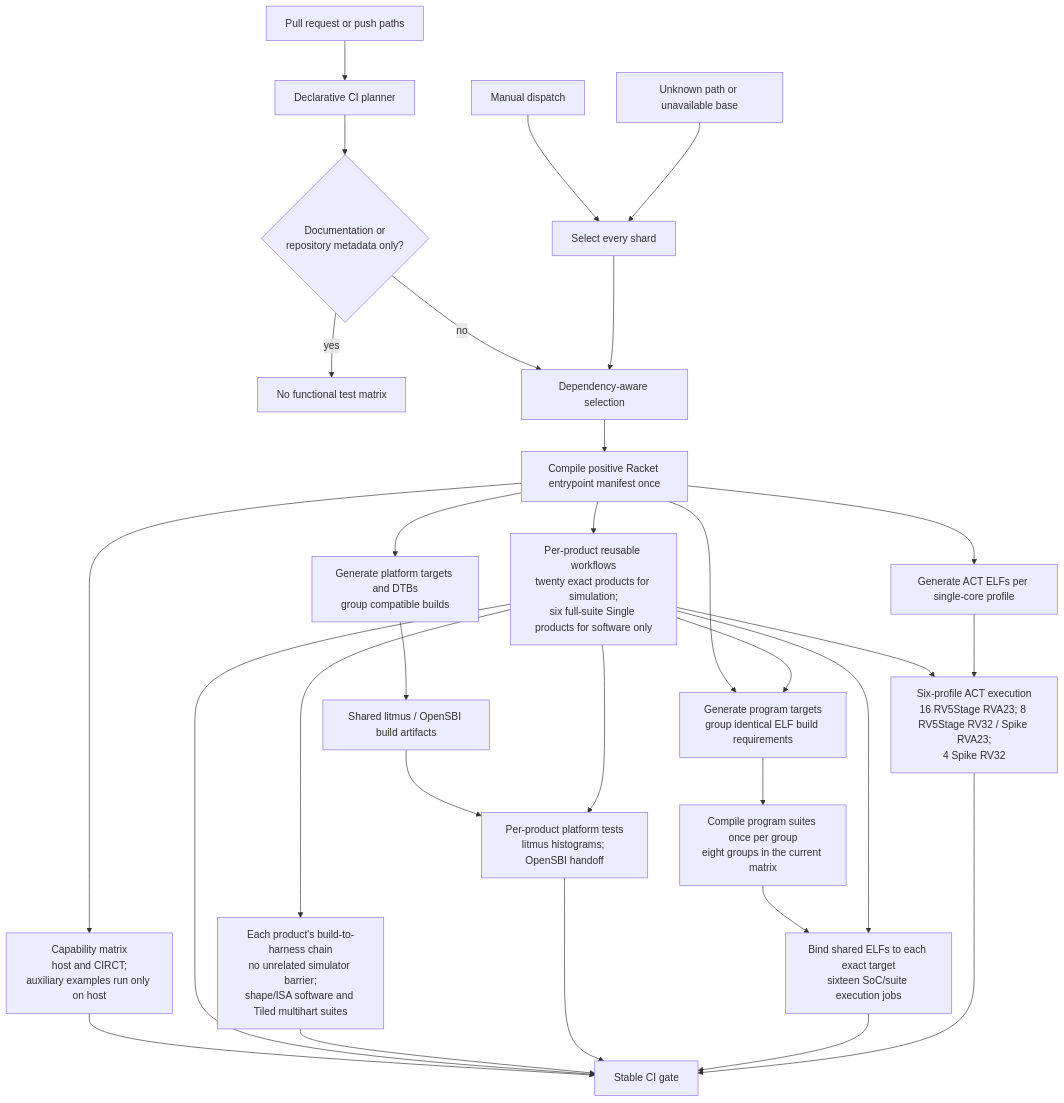
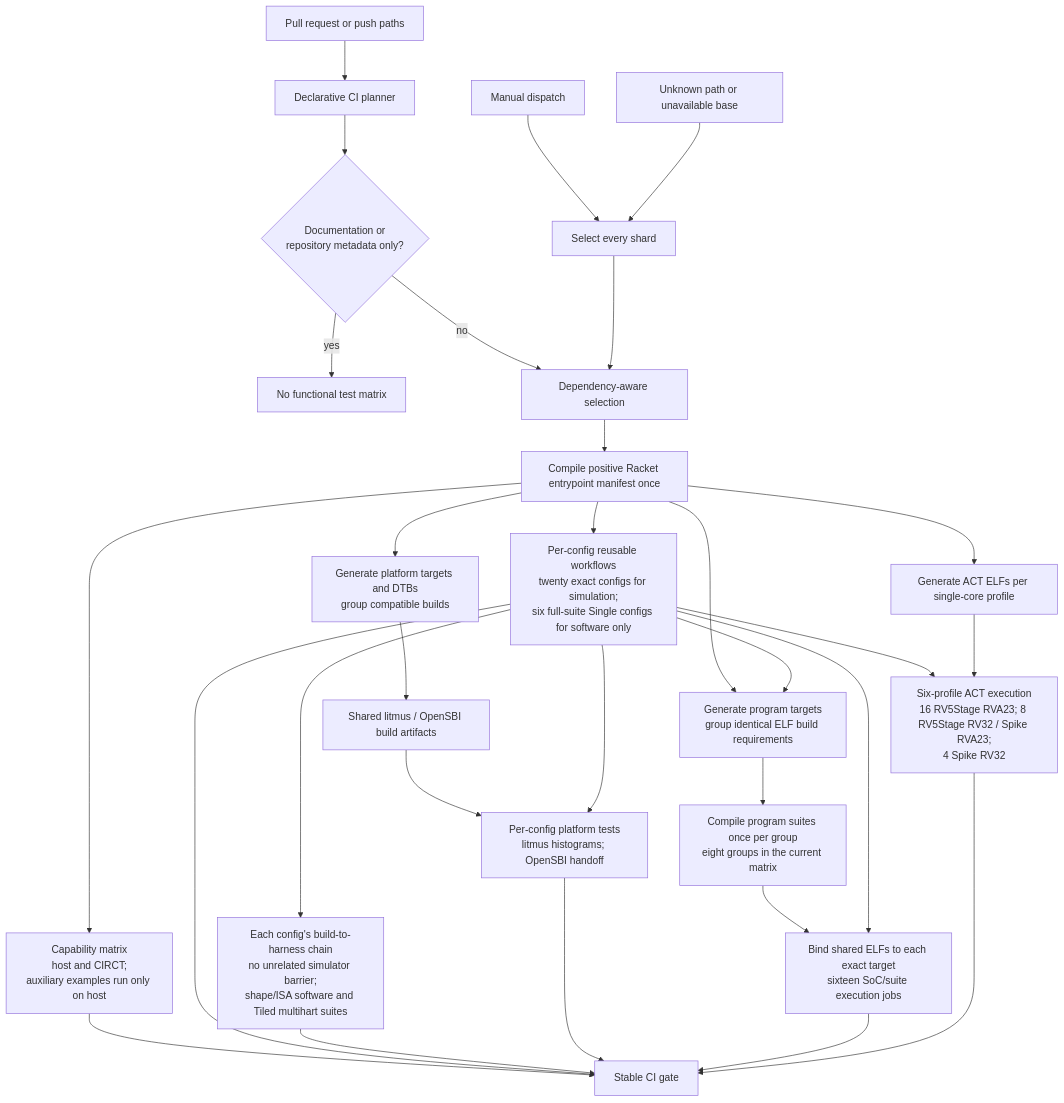
Before and after one commit to jerryz123/rhodium: the diagram in tools/testing/DEVELOPING.md, drawn with Mermaid. The commit also changed other lines of this file and 90 other files, not shown here.

Commit message:
rename product to config

````diff
--- a/tools/testing/DEVELOPING.md
+++ b/tools/testing/DEVELOPING.md
@@ -122,32 +122,32 @@
 ```mermaid
 flowchart TD
     Changes["Pull request or push paths"] --> Classifier["Declarative CI planner"]
     Manual["Manual dispatch"] --> All["Select every shard"]
     Unknown["Unknown path or unavailable base"] --> All
     Classifier --> Docs{"Documentation or<br/>repository metadata only?"}
     Docs -->|yes| None["No functional test matrix"]
     Docs -->|no| Selected["Dependency-aware selection"]
     All --> Selected
     Selected --> Compile["Compile positive Racket entrypoint manifest once"]
     Compile --> Checks["Capability matrix<br/>host and CIRCT;<br/>auxiliary examples run only on host"]
-    Compile --> Simulators["Per-product reusable workflows<br/>twenty exact products for simulation;<br/>six full-suite Single products for software only"]
-    Simulators --> Simulation["Each product's build-to-harness chain<br/>no unrelated simulator barrier;<br/>shape/ISA software and Tiled multihart suites"]
+    Compile --> Simulators["Per-config reusable workflows<br/>twenty exact configs for simulation;<br/>six full-suite Single configs for software only"]
+    Simulators --> Simulation["Each config's build-to-harness chain<br/>no unrelated simulator barrier;<br/>shape/ISA software and Tiled multihart suites"]
     Compile --> PlatformTargets["Generate platform targets and DTBs<br/>group compatible builds"]
     PlatformTargets --> PlatformBuilds["Shared litmus / OpenSBI build artifacts"]
-    PlatformBuilds --> Platform["Per-product platform tests<br/>litmus histograms; OpenSBI handoff"]
+    PlatformBuilds --> Platform["Per-config platform tests<br/>litmus histograms; OpenSBI handoff"]
     Simulators --> Platform
     Compile --> ProgramTargets["Generate program targets<br/>group identical ELF build requirements"]
     Simulators --> ProgramTargets
     ProgramTargets --> ProgramBuilds["Compile program suites once per group<br/>eight groups in the current matrix"]
     ProgramBuilds --> Programs["Bind shared ELFs to each exact target<br/>sixteen SoC/suite execution jobs"]
     Simulators --> Programs
     Compile --> ActBuild["Generate ACT ELFs per single-core profile"]
     Simulators --> ActRun["Six-profile ACT execution<br/>16 RV5Stage RVA23; 8 RV5Stage RV32 / Spike RVA23;<br/>4 Spike RV32"]
     ActBuild --> ActRun
     Checks --> Gate["Stable CI gate"]
     Simulators --> Gate
     Simulation --> Gate
     Platform --> Gate
     Programs --> Gate
     ActRun --> Gate
 ```
````
